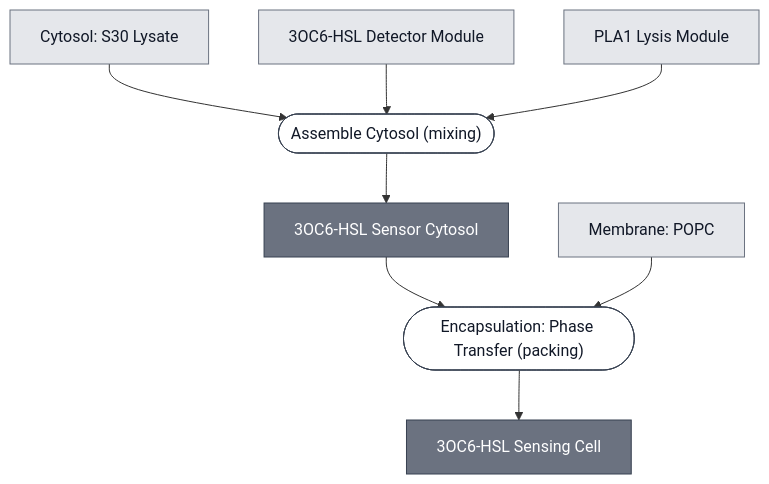
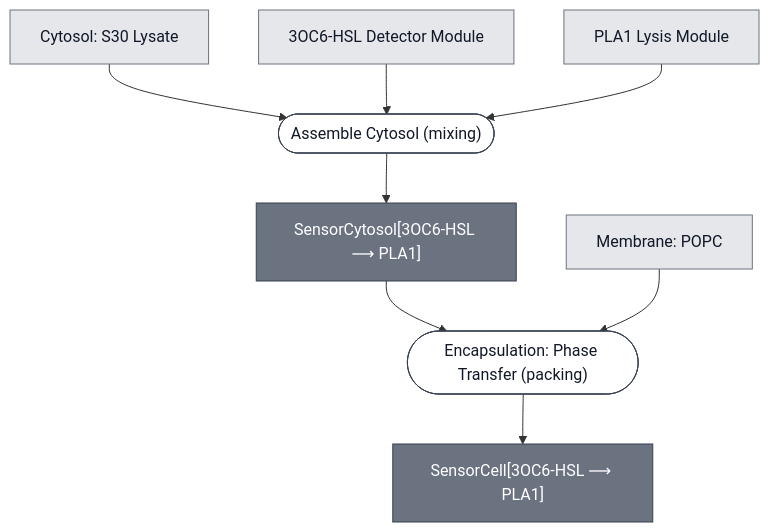
The diagram in docs/modules/ahsl-sensing-cell/spec.md (nucleus-eng/nucleus-docs), drawn with Mermaid before and after one commit. The commit also changed other lines of this file and 47 other files, not shown here.

````diff
--- a/docs/modules/ahsl-sensing-cell/spec.md
+++ b/docs/modules/ahsl-sensing-cell/spec.md
@@ -29,38 +29,38 @@
 ```mermaid
 flowchart TD
     S30_LYSATE["Cytosol: S30 Lysate"]
     DETECTOR_3OC6_HSL["3OC6-HSL Detector Module"]
     EFFECTOR_PLA1["PLA1 Lysis Module"]
     MEMBRANE_POPC["Membrane: POPC"]
 
     P1_ASSEMBLE_CYTOSOL_0(["Assemble Cytosol (mixing)"])
-    AHSL_SENSOR_CYTOSOL["3OC6-HSL Sensor Cytosol"]
+    AHSL_SENSOR_CYTOSOL["SensorCytosol[3OC6-HSL ⟶ PLA1]"]
     P2_ENCAPSULATE_0(["Encapsulation: Phase Transfer (packing)"])
-    AHSL_SENSING_CELL["3OC6-HSL Sensing Cell"]
+    AHSL_SENSING_CELL["SensorCell[3OC6-HSL ⟶ PLA1]"]
 
     S30_LYSATE --> P1_ASSEMBLE_CYTOSOL_0
     DETECTOR_3OC6_HSL --> P1_ASSEMBLE_CYTOSOL_0
     EFFECTOR_PLA1 --> P1_ASSEMBLE_CYTOSOL_0
     P1_ASSEMBLE_CYTOSOL_0 --> AHSL_SENSOR_CYTOSOL
 
     AHSL_SENSOR_CYTOSOL --> P2_ENCAPSULATE_0
     MEMBRANE_POPC --> P2_ENCAPSULATE_0
     P2_ENCAPSULATE_0 --> AHSL_SENSING_CELL
 
 
     classDef leaf     fill:#e5e7eb,stroke:#6b7280,color:#111827;
     classDef composed fill:#6b7280,stroke:#374151,color:#ffffff;
     classDef process  fill:#ffffff,stroke:#374151,color:#111827;
     class S30_LYSATE,DETECTOR_3OC6_HSL,EFFECTOR_PLA1,MEMBRANE_POPC leaf;
     class AHSL_SENSOR_CYTOSOL,AHSL_SENSING_CELL composed;
     class P1_ASSEMBLE_CYTOSOL_0,P2_ENCAPSULATE_0 process;
 
     click S30_LYSATE "/docs/modules/s30-lysate/spec"
     click DETECTOR_3OC6_HSL "/docs/modules/detector-3oc6-hsl/spec"
     click EFFECTOR_PLA1 "/docs/modules/effector-pla1/spec"
     click MEMBRANE_POPC "/docs/modules/membrane-popc/spec"
     click P1_ASSEMBLE_CYTOSOL_0 "/docs/processes/assemble-cytosol/assemble-cytosol-main"
     click AHSL_SENSOR_CYTOSOL "/docs/modules/ahsl-sensor-cytosol/spec"
     click P2_ENCAPSULATE_0 "/docs/processes/assemble-base-cell/main"
     click AHSL_SENSING_CELL "/docs/modules/ahsl-sensing-cell/spec"
 ```
````
